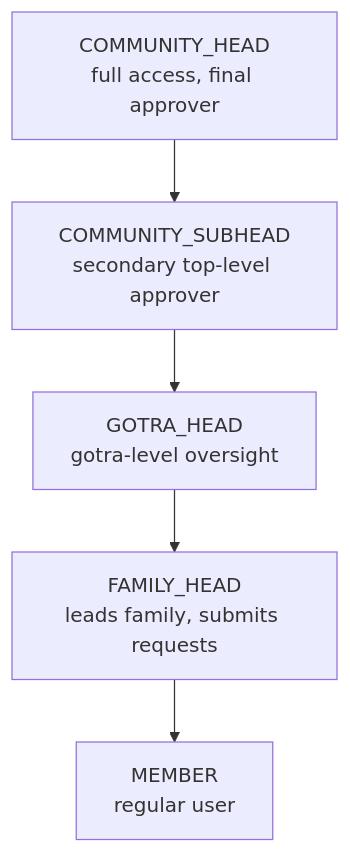
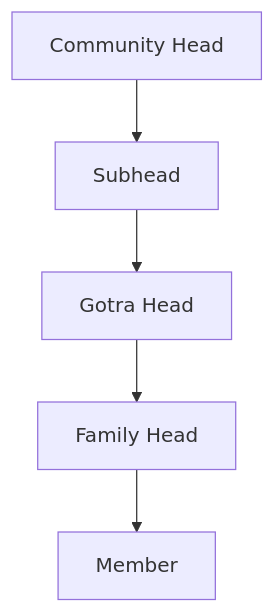
One commit to NalinDalal/portfolio changed the second of 2 diagrams in case-study/modheshwari.mdx. Above: the diagram before and after it, drawn with Mermaid. The commit also changed other lines of this file and 12 other files, not shown here.

````diff
--- a/case-study/modheshwari.mdx
+++ b/case-study/modheshwari.mdx
@@ -123,12 +83,7 @@
 ```mermaid
 flowchart TD
-    CH[COMMUNITY_HEAD\nfull access, final approver]
-    CS[COMMUNITY_SUBHEAD\nsecondary top-level approver]
-    GH[GOTRA_HEAD\ngotra-level oversight]
-    FH[FAMILY_HEAD\nleads family, submits requests]
-    M[MEMBER\nregular user]
-    CH --> CS
-    CS --> GH
-    GH --> FH
-    FH --> M
+    CH[Community Head] --> CS[Subhead]
+    CS --> GH[Gotra Head]
+    GH --> FH[Family Head]
+    FH --> M[Member]
 ```
````
